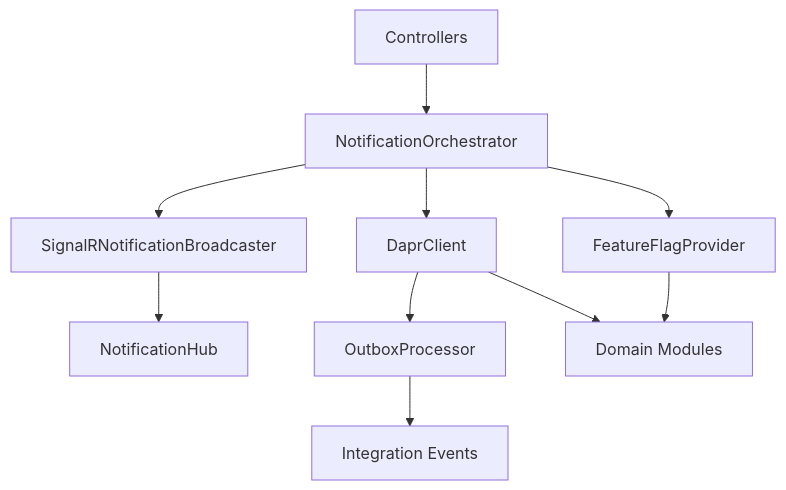
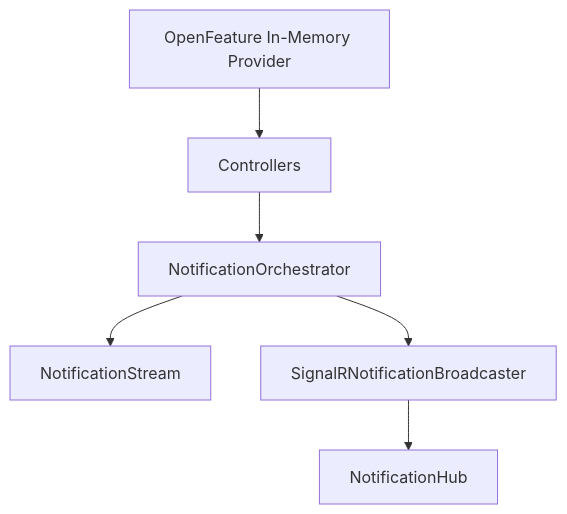
One commit to GabrieleAngeli/Momentum changed the third of 4 diagrams in architecture-overview.md. Above: the diagram before and after it, drawn with Mermaid. The commit also changed other lines of this file and 9 other files, not shown here.

````diff
--- a/architecture-overview.md
+++ b/architecture-overview.md
@@ -75,12 +73,8 @@
 ```mermaid
 flowchart TD
     Controllers[Controllers] --> Orchestrator[NotificationOrchestrator]
+    Orchestrator --> Stream[NotificationStream]
     Orchestrator --> Broadcaster[SignalRNotificationBroadcaster]
-    Orchestrator --> DaprClient[DaprClient]
-    Orchestrator --> FeatureFlags[FeatureFlagProvider]
     Broadcaster --> NotificationHub[NotificationHub]
-    DaprClient --> Outbox[OutboxProcessor]
-    DaprClient --> Modules[Domain Modules]
-    FeatureFlags --> Modules
-    Outbox --> Integrations[Integration Events]
+    FeatureFlags[OpenFeature In-Memory Provider] --> Controllers
 ```
````
